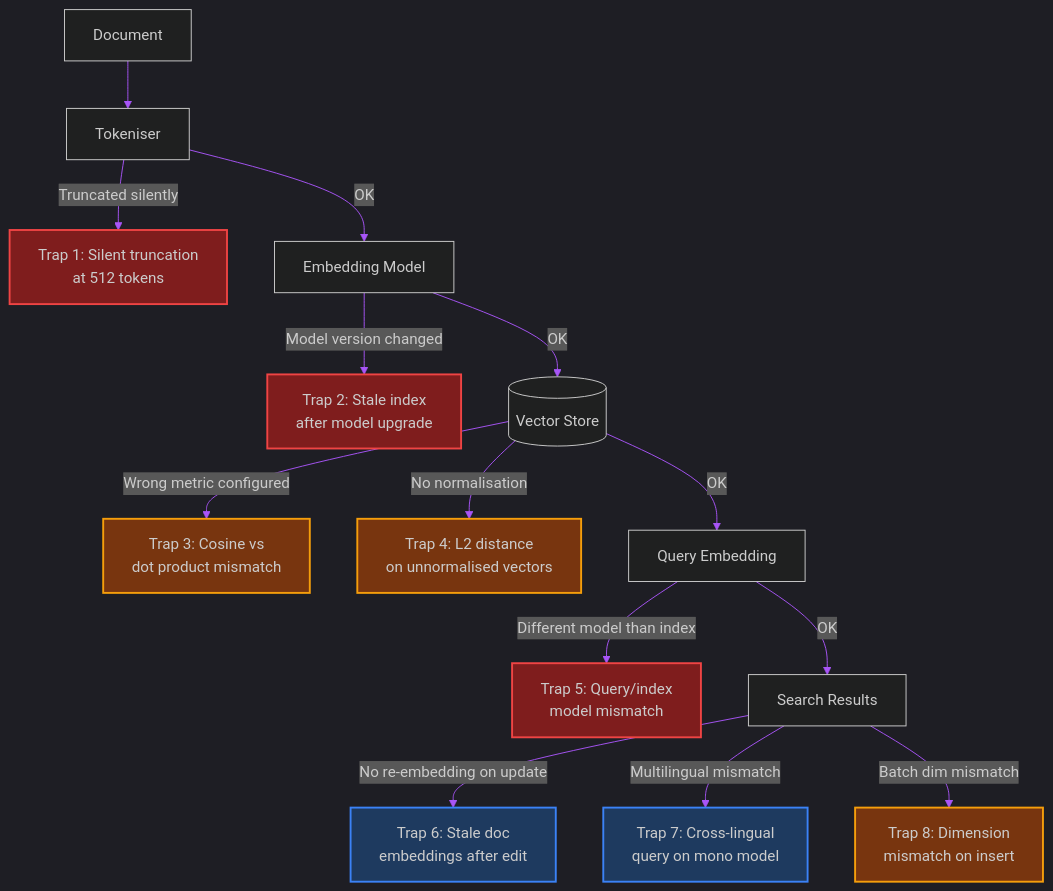
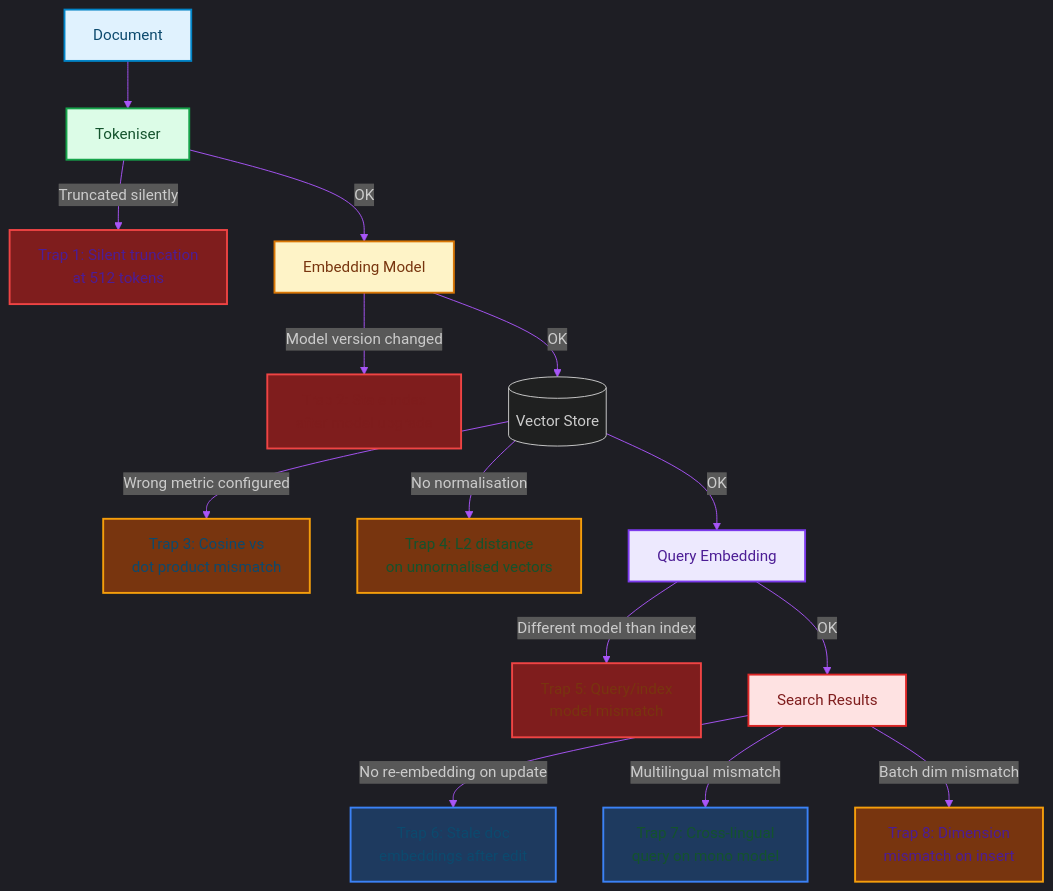
One commit to akmalkhaniub/akmalkhaniub.github.io changed the diagram in blog/posts/vector-embeddings-production-traps.md. Above: the diagram before and after it, drawn with Mermaid. The commit also changed other lines of this file and 1291 other files, not shown here.

First line of the commit message:
feat(catalog): unique covers, scholarly references, and diagram palettes

````diff
--- a/blog/posts/vector-embeddings-production-traps.md
+++ b/blog/posts/vector-embeddings-production-traps.md
@@ -19,30 +19,41 @@
 ```mermaid
 %%{init: {'theme': 'dark', 'themeVariables': { 'primaryColor': '#a855f7', 'primaryTextColor': '#f3f4f6', 'primaryBorderColor': '#c084fc', 'lineColor': '#a855f7', 'secondaryColor': '#111827', 'tertiaryColor': '#0f172a'}}}%%
 flowchart TD
-    D[Document] --> T[Tokeniser]
-    T -->|Truncated silently| F1[ Trap 1: Silent truncation<br/>at 512 tokens]
-    T -->|OK| E[Embedding Model]
+    D["Document"] --> T["Tokeniser"]
+    T -->|Truncated silently| F1[" Trap 1: Silent truncation<br/>at 512 tokens"]
+    T -->|OK| E["Embedding Model"]
     
-    E -->|Model version changed| F2[ Trap 2: Stale index<br/>after model upgrade]
+    E -->|Model version changed| F2[" Trap 2: Stale index<br/>after model upgrade"]
     E -->|OK| V[(Vector Store)]
     
-    V -->|Wrong metric configured| F3[ Trap 3: Cosine vs<br/>dot product mismatch]
-    V -->|No normalisation| F4[ Trap 4: L2 distance<br/>on unnormalised vectors]
-    V -->|OK| Q[Query Embedding]
+    V -->|Wrong metric configured| F3[" Trap 3: Cosine vs<br/>dot product mismatch"]
+    V -->|No normalisation| F4[" Trap 4: L2 distance<br/>on unnormalised vectors"]
+    V -->|OK| Q["Query Embedding"]
     
-    Q -->|Different model than index| F5[ Trap 5: Query/index<br/>model mismatch]
-    Q -->|OK| R[Search Results]
+    Q -->|Different model than index| F5[" Trap 5: Query/index<br/>model mismatch"]
+    Q -->|OK| R["Search Results"]
     
-    R -->|No re-embedding on update| F6[ Trap 6: Stale doc<br/>embeddings after edit]
-    R -->|Multilingual mismatch| F7[ Trap 7: Cross-lingual<br/>query on mono model]
-    R -->|Batch dim mismatch| F8[ Trap 8: Dimension<br/>mismatch on insert]
+    R -->|No re-embedding on update| F6[" Trap 6: Stale doc<br/>embeddings after edit"]
+    R -->|Multilingual mismatch| F7[" Trap 7: Cross-lingual<br/>query on mono model"]
+    R -->|Batch dim mismatch| F8[" Trap 8: Dimension<br/>mismatch on insert"]
 
     style F1 fill:#7f1d1d,stroke:#ef4444,stroke-width:2px
     style F2 fill:#7f1d1d,stroke:#ef4444,stroke-width:2px
     style F3 fill:#78350f,stroke:#f59e0b,stroke-width:2px
     style F4 fill:#78350f,stroke:#f59e0b,stroke-width:2px
     style F5 fill:#7f1d1d,stroke:#ef4444,stroke-width:2px
     style F6 fill:#1e3a5f,stroke:#3b82f6,stroke-width:2px
     style F7 fill:#1e3a5f,stroke:#3b82f6,stroke-width:2px
     style F8 fill:#78350f,stroke:#f59e0b,stroke-width:2px
+
+classDef green fill:#dcfce7,stroke:#16a34a,stroke-width:2px,color:#14532d;
+classDef red fill:#fee2e2,stroke:#dc2626,stroke-width:2px,color:#7f1d1d;
+classDef blue fill:#e0f2fe,stroke:#0284c7,stroke-width:2px,color:#0c4a6e;
+classDef yellow fill:#fef3c7,stroke:#d97706,stroke-width:2px,color:#78350f;
+classDef purple fill:#ede9fe,stroke:#7c3aed,stroke-width:2px,color:#4c1d95;
+class D,F3,F6 blue
+class T,F4,F7 green
+class F1,Q,F8 purple
+class E,F5 yellow
+class F2,R red
 ```
````
